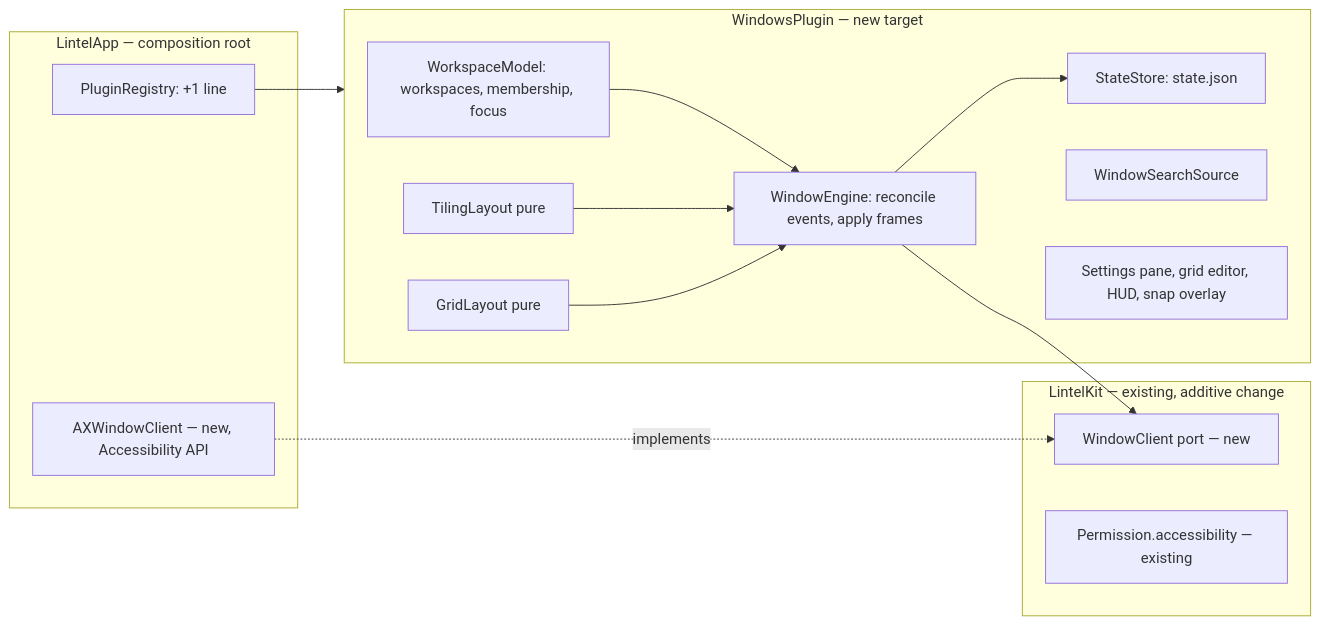
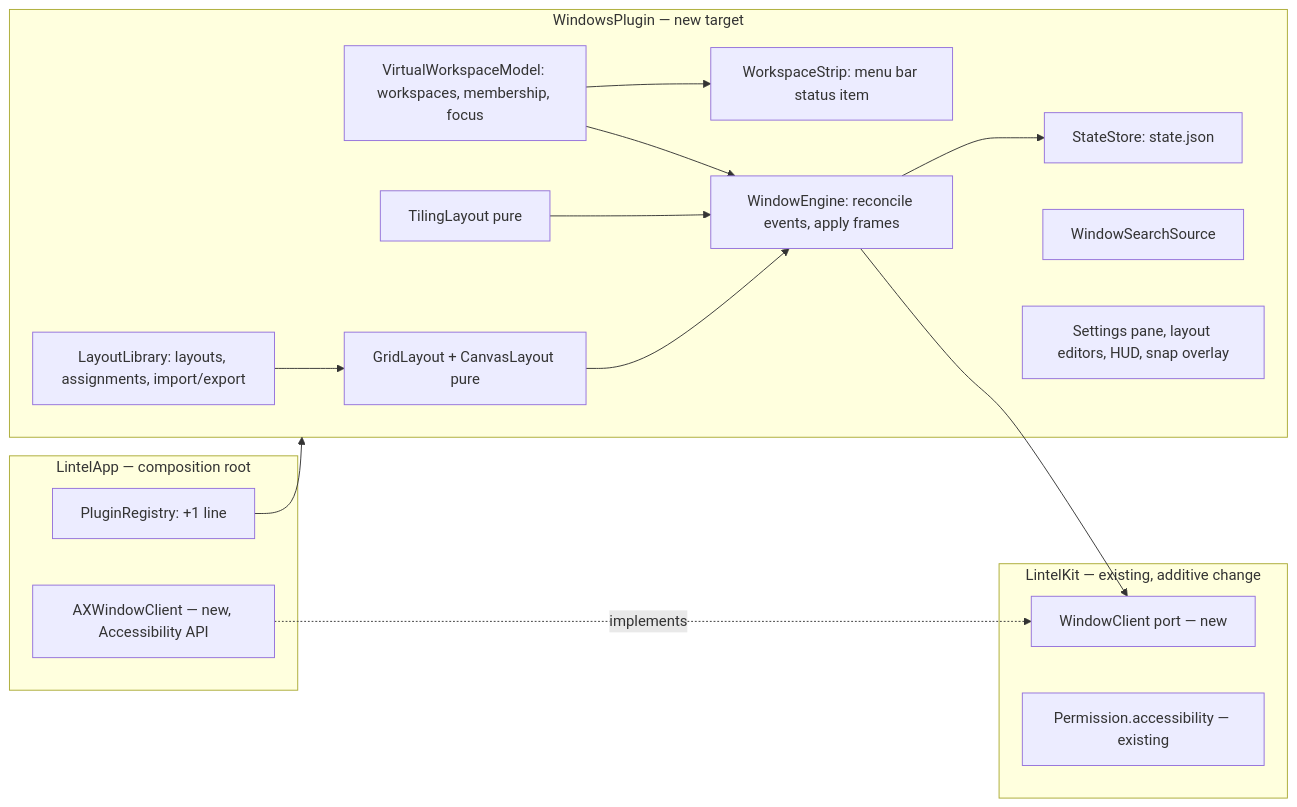
One commit to mjozefiak/Pounce changed the diagram in .ai/specs/2026-11-09-window-management.md. Above: the diagram before and after it, drawn with Mermaid. The commit also changed other lines of this file and 6 other files, not shown here.

Commit message:
docs(specs): window management rev 2: layout library and editors, per-workspace/display assignment, menu bar strip, review fixes

````diff
--- a/.ai/specs/2026-11-09-window-management.md
+++ b/.ai/specs/2026-11-09-window-management.md
@@ -58,27 +73,31 @@
 ```mermaid
 flowchart LR
   subgraph Kit[LintelKit — existing, additive change]
     WC[WindowClient port — new]
     PR[Permission.accessibility — existing]
   end
   subgraph Plugin[WindowsPlugin — new target]
-    WS[WorkspaceModel: workspaces, membership, focus]
+    WS[VirtualWorkspaceModel: workspaces, membership, focus]
     TL[TilingLayout pure]
-    GL[GridLayout pure]
+    GL[GridLayout + CanvasLayout pure]
+    LB[LayoutLibrary: layouts, assignments, import/export]
+    SG[WorkspaceStrip: menu bar status item]
     EN[WindowEngine: reconcile events, apply frames]
     ST[StateStore: state.json]
     SR[WindowSearchSource]
-    UI[Settings pane, grid editor, HUD, snap overlay]
+    UI[Settings pane, layout editors, HUD, snap overlay]
   end
   subgraph App[LintelApp — composition root]
     AX[AXWindowClient — new, Accessibility API]
     REG[PluginRegistry: +1 line]
   end
   WS --> EN
   TL --> EN
   GL --> EN
+  LB --> GL
+  WS --> SG
   EN --> WC
   EN --> ST
   AX -. implements .-> WC
   REG --> Plugin
 ```
````
